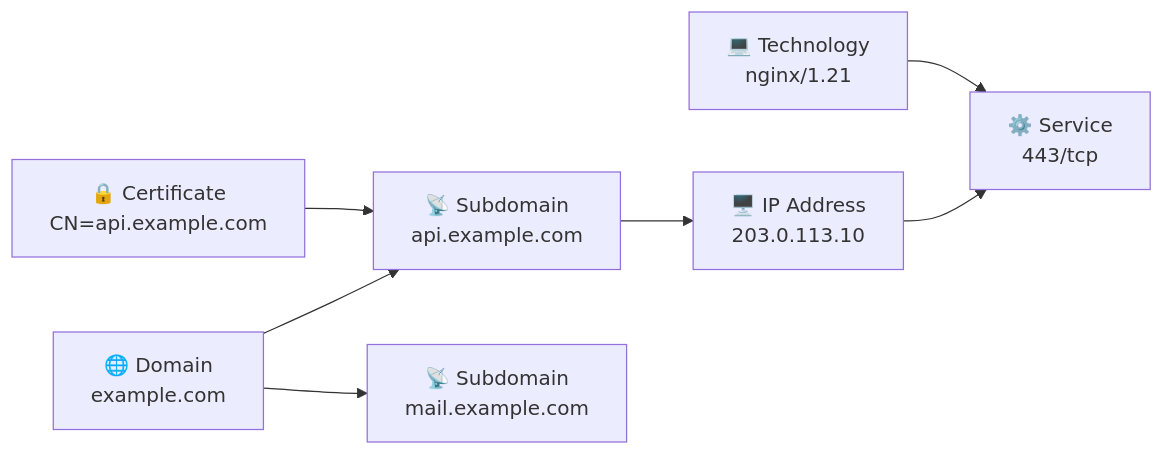
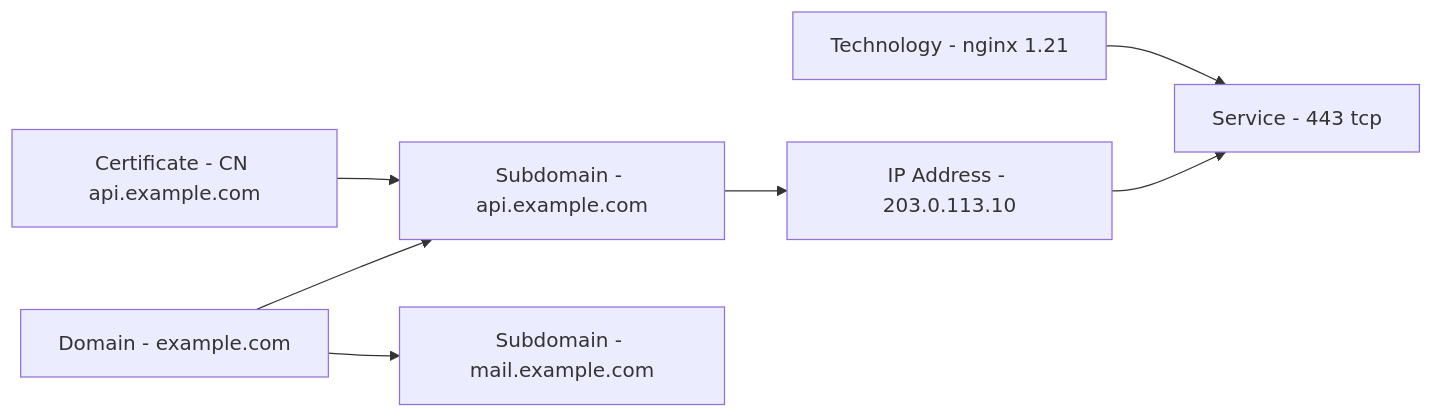
The second of 3 diagrams in README.md (sara-mohamd/buguard-asset-lifecycle-engine), drawn with Mermaid before and after one commit. The commit also changed other lines of this file, not shown here.

Commit message:
fix: simplify mermaid diagrams for GitHub rendering

````diff
--- a/README.md
+++ b/README.md
@@ -171,9 +171,9 @@
 ```mermaid
 graph LR
-    D["🌐 Domain<br/>example.com"] --> S1["📡 Subdomain<br/>api.example.com"]
-    D --> S2["📡 Subdomain<br/>mail.example.com"]
-    S1 --> IP1["🖥️ IP Address<br/>203.0.113.10"]
-    IP1 --> SVC["⚙️ Service<br/>443/tcp"]
-    CERT["🔒 Certificate<br/>CN=api.example.com"] --> S1
-    TECH["💻 Technology<br/>nginx/1.21"] --> SVC
+    D[Domain - example.com] --> S1[Subdomain - api.example.com]
+    D --> S2[Subdomain - mail.example.com]
+    S1 --> IP1[IP Address - 203.0.113.10]
+    IP1 --> SVC[Service - 443 tcp]
+    CERT[Certificate - CN api.example.com] --> S1
+    TECH[Technology - nginx 1.21] --> SVC
 ```
````
